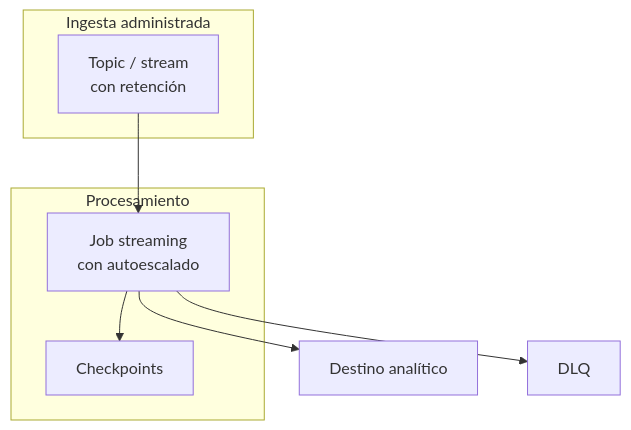
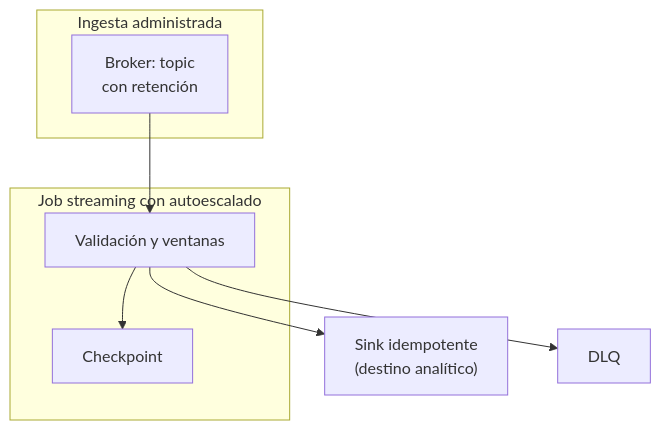
The third of 3 diagrams in content/architectures/streaming-pipeline-architecture.md (fcp4891/de-knowledge-hub), drawn with Mermaid before and after one commit. The commit also changed other lines of this file and 13 other files, not shown here.

````diff
--- a/content/architectures/streaming-pipeline-architecture.md
+++ b/content/architectures/streaming-pipeline-architecture.md
@@ -185,14 +185,14 @@
 ```mermaid
 flowchart TB
   subgraph ING["Ingesta administrada"]
-    B["Topic / stream<br/>con retención"]
+    B["Broker: topic<br/>con retención"]
   end
-  subgraph PROC["Procesamiento"]
-    J["Job streaming<br/>con autoescalado"]
-    C["Checkpoints"]
+  subgraph PROC["Job streaming con autoescalado"]
+    J["Validación y ventanas"]
+    C["Checkpoint"]
   end
   B --> J
   J --> C
-  J --> S["Destino analítico"]
+  J --> S["Sink idempotente<br/>(destino analítico)"]
   J --> D["DLQ"]
 ```
````
